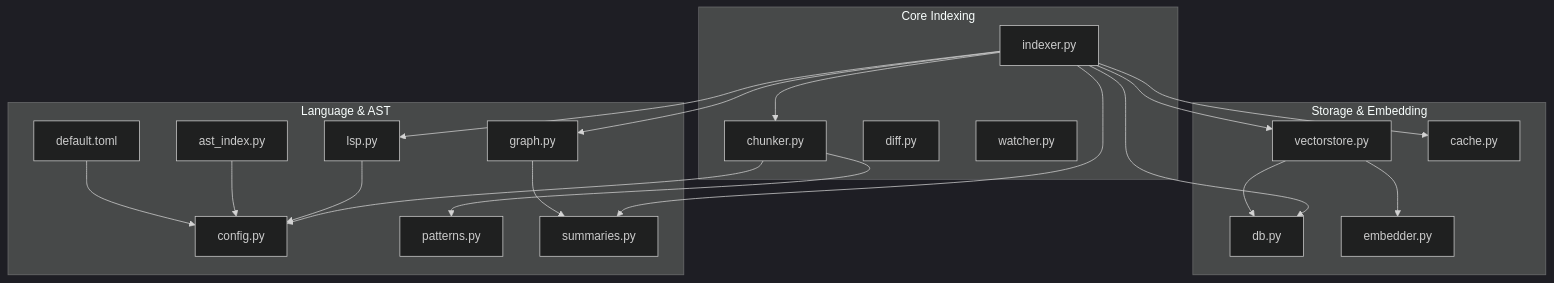
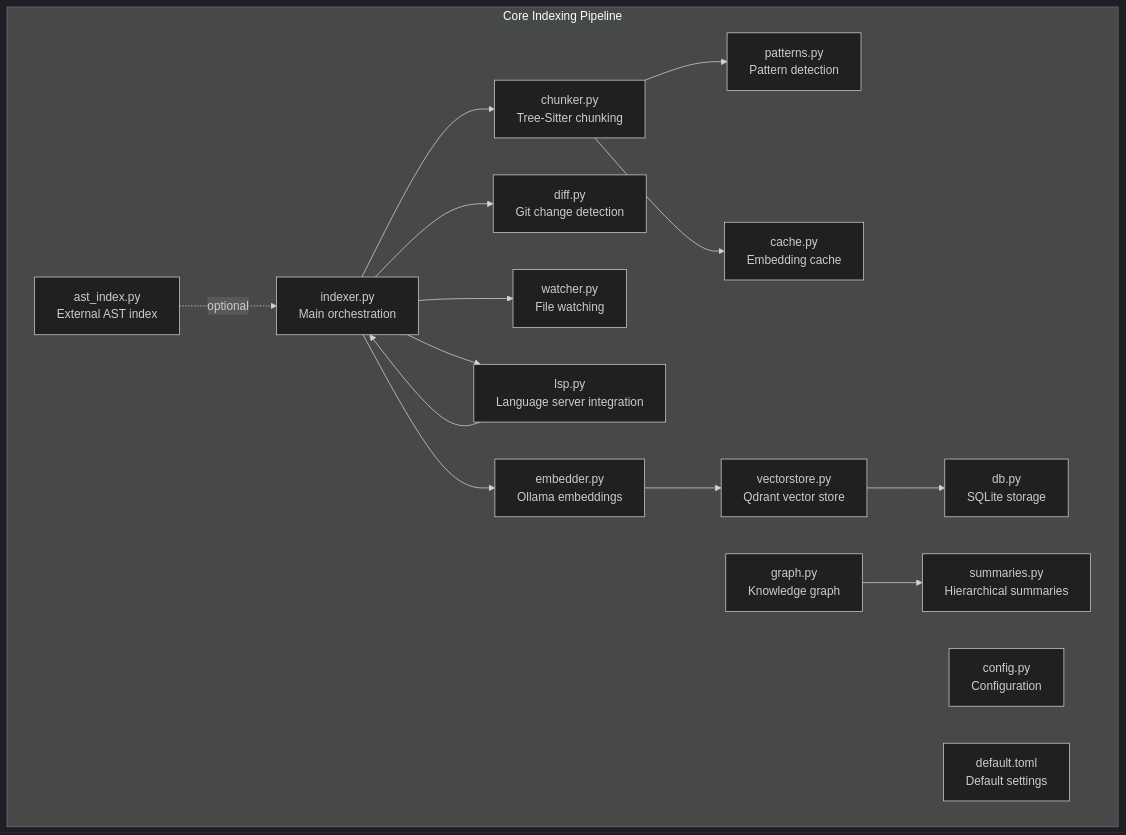
The first of 10 diagrams in docs/wiki/Indexing System/Indexing System.md (NcitDev/ragsystem), drawn with Mermaid (dark theme) before and after one commit. The commit also changed other lines of this file and 27 other files, not shown here.

````diff
--- a/docs/wiki/Indexing System/Indexing System.md
+++ b/docs/wiki/Indexing System/Indexing System.md
@@ -47,39 +65,32 @@
 ```mermaid
 graph TB
-subgraph "Core Indexing"
-IDX["indexer.py"]
-CK["chunker.py"]
-DIFF["diff.py"]
-WATCH["watcher.py"]
+subgraph "Core Indexing Pipeline"
+IDX["indexer.py<br/>Main orchestration"]
+CHUNK["chunker.py<br/>Tree-Sitter chunking"]
+DIFF["diff.py<br/>Git change detection"]
+WATCH["watcher.py<br/>File watching"]
+END["embedder.py<br/>Ollama embeddings"]
+VS["vectorstore.py<br/>Qdrant vector store"]
+DB["db.py<br/>SQLite storage"]
+LSP["lsp.py<br/>Language server integration"]
+PATTERNS["patterns.py<br/>Pattern detection"]
+CACHE["cache.py<br/>Embedding cache"]
+AST["ast_index.py<br/>External AST index"]
+GRAPH["graph.py<br/>Knowledge graph"]
+SUMMARIES["summaries.py<br/>Hierarchical summaries"]
+END2["config.py<br/>Configuration"]
+END3["default.toml<br/>Default settings"]
 end
-subgraph "Storage & Embedding"
-VS["vectorstore.py"]
-CACHE["cache.py"]
-DB["db.py"]
-EMB["embedder.py"]
-end
-subgraph "Language & AST"
-CFG["config.py"]
-LSP["lsp.py"]
-PAT["patterns.py"]
-ASTIDX["ast_index.py"]
-GR["graph.py"]
-SUMM["summaries.py"]
-DEF["default.toml"]
-end
-IDX --> CK
-IDX --> VS
-IDX --> CACHE
-IDX --> DB
+IDX --> CHUNK
+IDX --> DIFF
+IDX --> WATCH
 IDX --> LSP
-IDX --> GR
-IDX --> SUMM
-CK --> CFG
-CK --> PAT
-VS --> EMB
+IDX --> END
+CHUNK --> PATTERNS
+CHUNK --> CACHE
+END --> VS
 VS --> DB
-LSP --> CFG
-GR --> SUMM
-ASTIDX --> CFG
-DEF --> CFG
+LSP --> IDX
+GRAPH --> SUMMARIES
+AST -. optional .-> IDX
 ```
````
